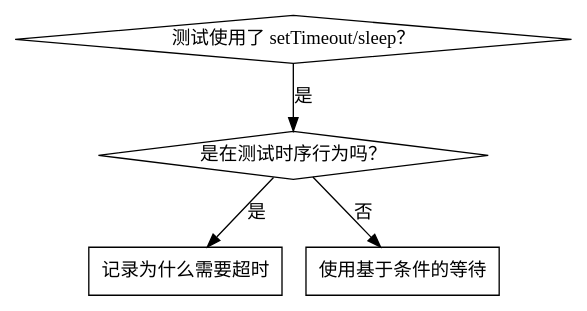
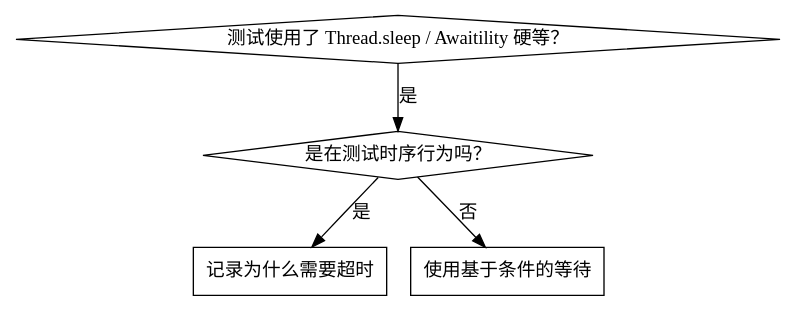
The diagram in .claude-marketplace/patra/skills/systematic-debugging/condition-based-waiting.md (linqibin0826/patra), drawn with Graphviz before and after one commit. The commit also changed other lines of this file and 11 other files, not shown here.

````diff
--- a/.claude-marketplace/patra/skills/systematic-debugging/condition-based-waiting.md
+++ b/.claude-marketplace/patra/skills/systematic-debugging/condition-based-waiting.md
@@ -11,12 +11,12 @@
 ```dot
 digraph when_to_use {
-    "测试使用了 setTimeout/sleep？" [shape=diamond];
+    "测试使用了 Thread.sleep / Awaitility 硬等？" [shape=diamond];
     "是在测试时序行为吗？" [shape=diamond];
     "记录为什么需要超时" [shape=box];
     "使用基于条件的等待" [shape=box];
 
-    "测试使用了 setTimeout/sleep？" -> "是在测试时序行为吗？" [label="是"];
+    "测试使用了 Thread.sleep / Awaitility 硬等？" -> "是在测试时序行为吗？" [label="是"];
     "是在测试时序行为吗？" -> "记录为什么需要超时" [label="是"];
     "是在测试时序行为吗？" -> "使用基于条件的等待" [label="否"];
 }
 ```
````
